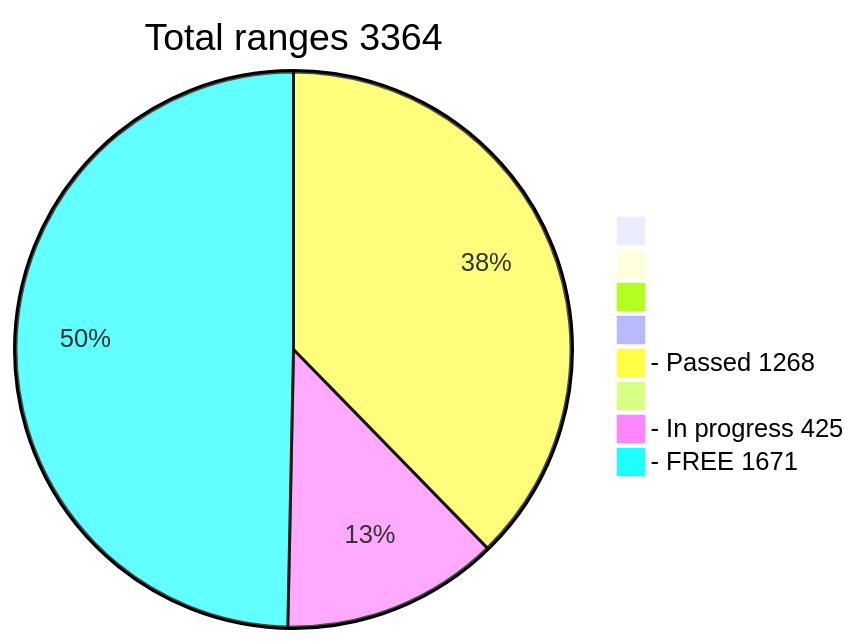
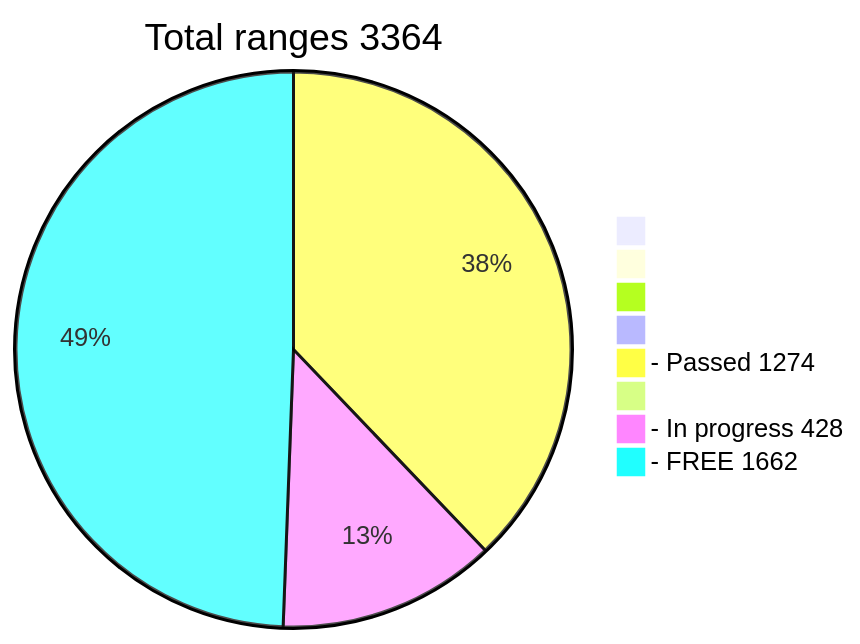
The diagram in README.md (phrutis/wif500), drawn with Mermaid before and after one commit.

````diff
--- a/README.md
+++ b/README.md
@@ -16,12 +16,12 @@
 ```mermaid
 pie title Total ranges 3364
              " " : 0
             "  " : 0
            "   " : 0
           "    " : 0
-  "- Passed 1268" : 1268
+  "- Passed 1274" : 1274
          "     " : 0
-  "- In progress 425" : 425
-   "- FREE 1671" : 1671
+  "- In progress 428" : 428
+   "- FREE 1662" : 1662
    
 ```
````
